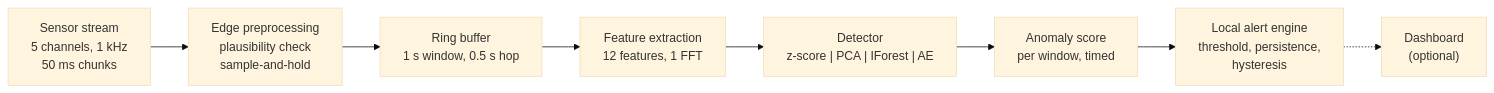
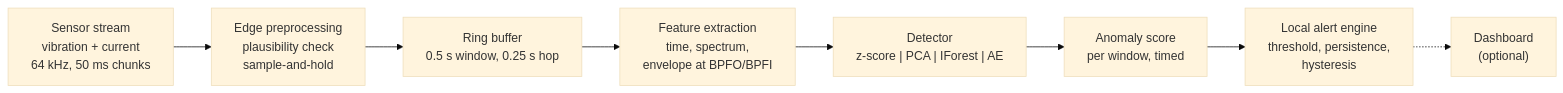
Before and after one commit to Ilyess911/edge-ai-condition-monitor: the diagram in README.md, drawn with Mermaid (base theme). The commit also changed other lines of this file and 6 other files, not shown here.

````diff
--- a/README.md
+++ b/README.md
@@ -49,10 +54,10 @@
 ```mermaid
 flowchart LR
-    S["Sensor stream<br/>5 channels, 1 kHz<br/>50 ms chunks"] --> P["Edge preprocessing<br/>plausibility check<br/>sample-and-hold"]
-    P --> W["Ring buffer<br/>1 s window, 0.5 s hop"]
-    W --> F["Feature extraction<br/>12 features, 1 FFT"]
+    S["Sensor stream<br/>vibration + current<br/>64 kHz, 50 ms chunks"] --> P["Edge preprocessing<br/>plausibility check<br/>sample-and-hold"]
+    P --> W["Ring buffer<br/>0.5 s window, 0.25 s hop"]
+    W --> F["Feature extraction<br/>time, spectrum,<br/>envelope at BPFO/BPFI"]
     F --> M["Detector<br/>z-score | PCA | IForest | AE"]
     M --> A["Anomaly score<br/>per window, timed"]
     A --> L["Local alert engine<br/>threshold, persistence,<br/>hysteresis"]
     L -.-> D["Dashboard<br/>(optional)"]
 ```
````
